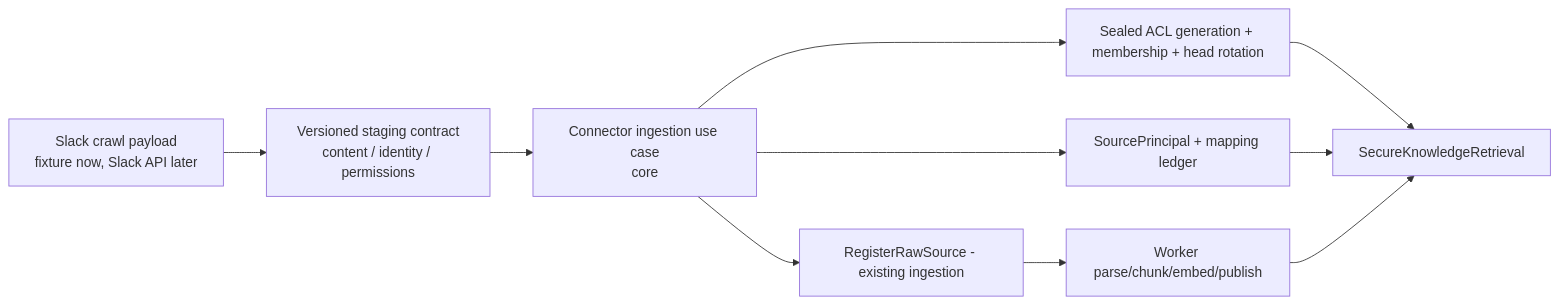
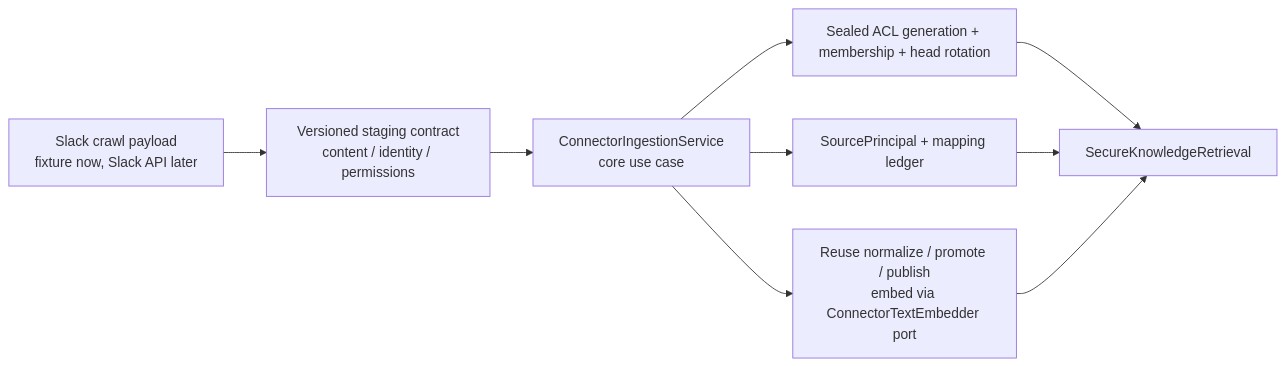
The diagram in docs/increments/active/2026-07-23-slack-connector-staging/design.md (kl3inIT/OrgMemory), drawn with Mermaid before and after one commit. The commit also changed other lines of this file and 11 other files, not shown here.

First line of the commit message:
feat(connector): staging crawl-batch contract and core records

````diff
--- a/docs/increments/active/2026-07-23-slack-connector-staging/design.md
+++ b/docs/increments/active/2026-07-23-slack-connector-staging/design.md
@@ -24,12 +24,11 @@
 ```mermaid
 flowchart LR
     CRAWL[Slack crawl payload<br/>fixture now, Slack API later] --> STAGING[Versioned staging contract<br/>content / identity / permissions]
-    STAGING --> ADAPTER[Connector ingestion use case<br/>core]
+    STAGING --> ADAPTER[ConnectorIngestionService<br/>core use case]
     ADAPTER --> MAP[SourcePrincipal + mapping ledger]
     ADAPTER --> ACL[Sealed ACL generation + membership + head rotation]
-    ADAPTER --> RAW[RegisterRawSource - existing ingestion]
-    RAW --> WORKER[Worker parse/chunk/embed/publish]
+    ADAPTER --> CONTENT[Reuse normalize / promote / publish<br/>embed via ConnectorTextEmbedder port]
     ACL --> RETRIEVE[SecureKnowledgeRetrieval]
     MAP --> RETRIEVE
-    WORKER --> RETRIEVE
+    CONTENT --> RETRIEVE
 ```
````
